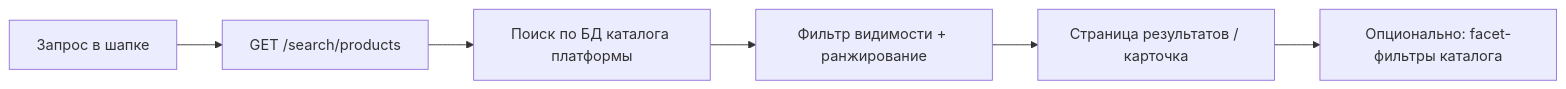
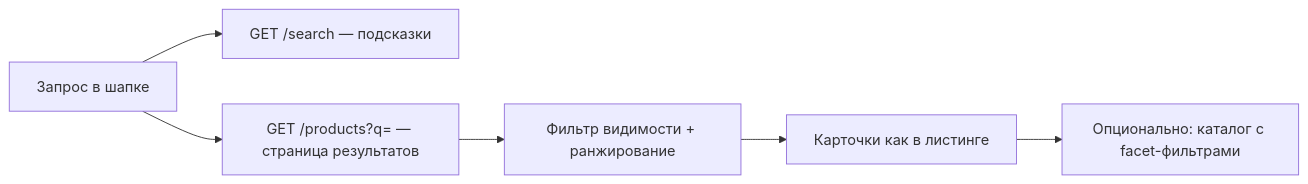
The diagram in ЧТЗ/11_поиск.md (1dotblack/palizh-analytics), drawn with Mermaid before and after one commit. The commit also changed other lines of this file and 14 other files, not shown here.

First line of the commit message:
Документация: W4 поиск через GET /products?q=, синк public-http f497379.

````diff
--- a/ЧТЗ/11_поиск.md
+++ b/ЧТЗ/11_поиск.md
@@ -40,8 +40,8 @@
 ```mermaid
 flowchart LR
-    A[Запрос в шапке] --> B[GET /search/products]
-    B --> C[Поиск по БД каталога платформы]
+    A[Запрос в шапке] --> B[GET /search — подсказки]
+    A --> C[GET /products?q= — страница результатов]
     C --> D[Фильтр видимости + ранжирование]
-    D --> E[Страница результатов / карточка]
-    E --> F[Опционально: facet-фильтры каталога]
+    D --> E[Карточки как в листинге]
+    E --> F[Опционально: каталог с facet-фильтрами]
 ```
````
